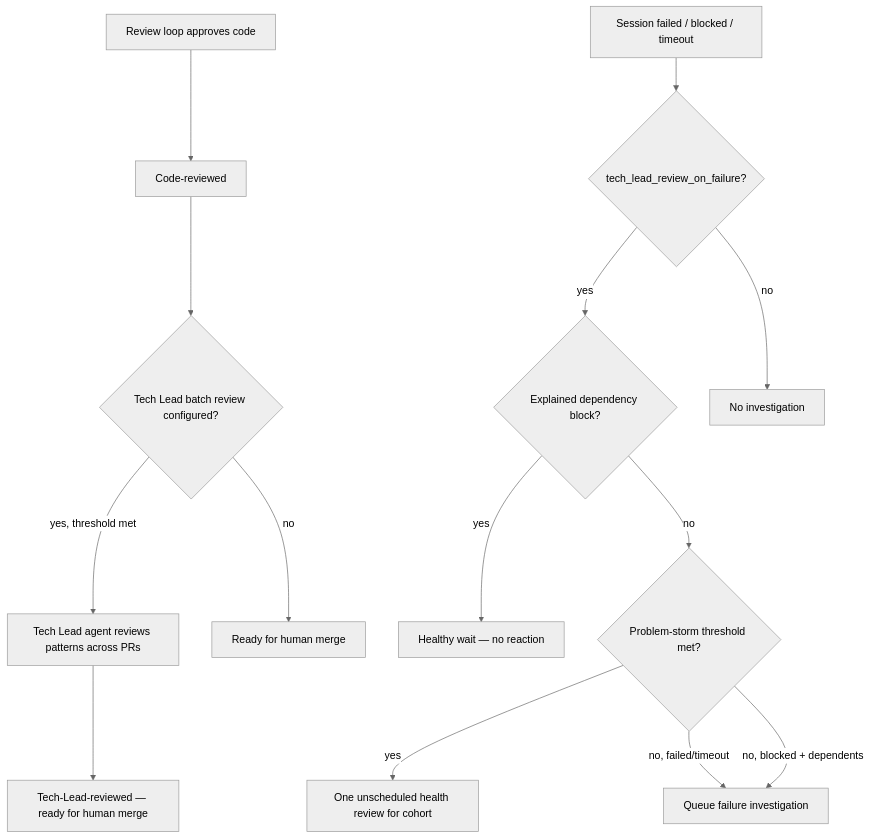
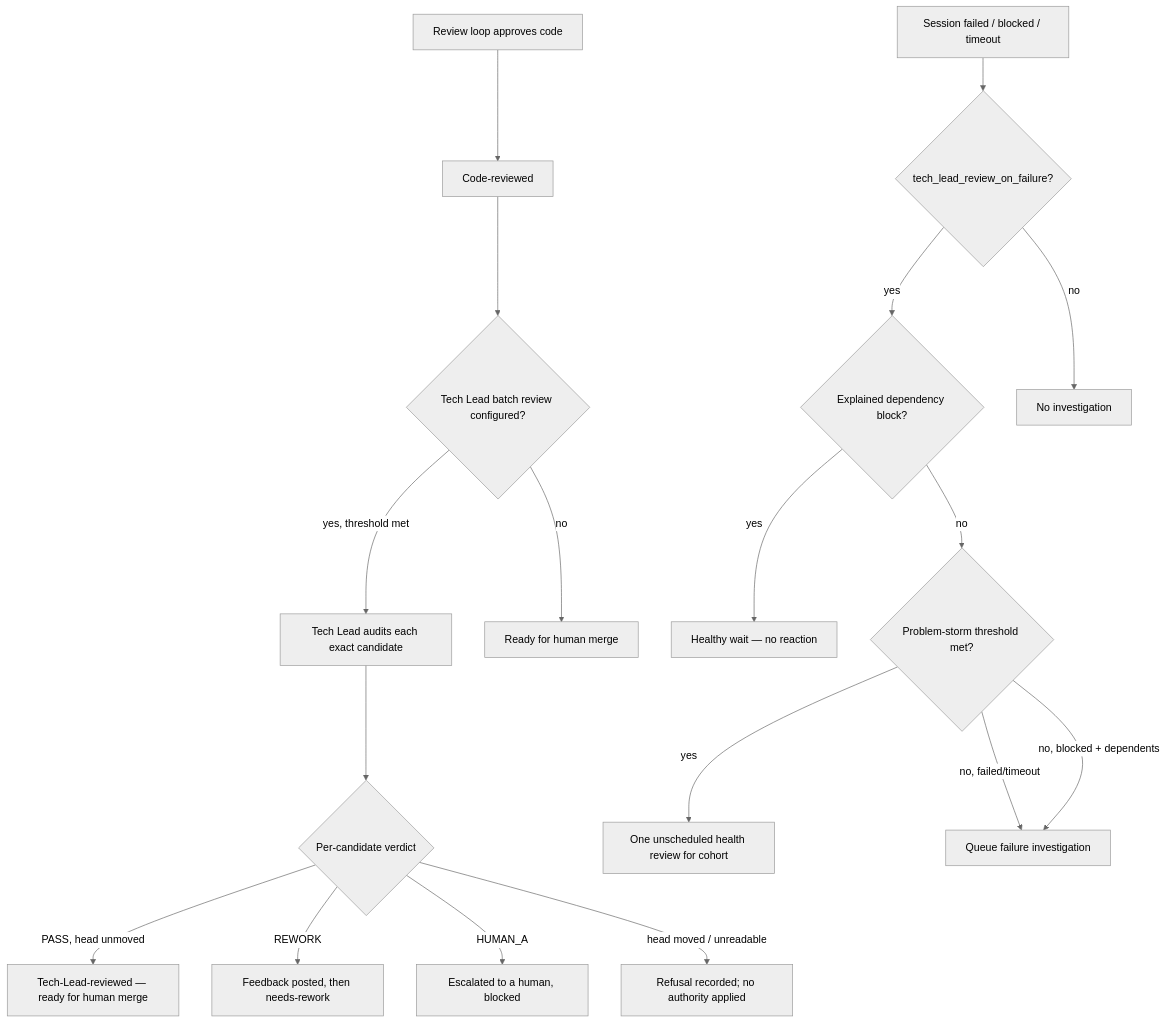
The fourth of 5 diagrams in docs/development/REVIEW_WORKFLOW.md (astro3141/issue-orchestrator), drawn with Mermaid (neutral theme) before and after one commit. The commit also changed other lines of this file and 48 other files, not shown here.

````diff
--- a/docs/development/REVIEW_WORKFLOW.md
+++ b/docs/development/REVIEW_WORKFLOW.md
@@ -425,17 +447,21 @@
 ```mermaid
 flowchart TD
   LOOP["Review loop approves code"] --> CR["Code-reviewed"]
   CR --> TECH_LEAD{"Tech Lead batch review configured?"}
-  TECH_LEAD -->|yes, threshold met| TR["Tech Lead agent reviews patterns across PRs"]
-  TR --> DONE["Tech-Lead-reviewed — ready for human merge"]
+  TECH_LEAD -->|yes, threshold met| TR["Tech Lead audits each exact candidate"]
+  TR --> PASS{"Per-candidate verdict"}
+  PASS -->|PASS, head unmoved| DONE["Tech-Lead-reviewed — ready for human merge"]
+  PASS -->|REWORK| NR["Feedback posted, then needs-rework"]
+  PASS -->|HUMAN_A| BNH["Escalated to a human, blocked"]
+  PASS -->|head moved / unreadable| REFUSED["Refusal recorded; no authority applied"]
   TECH_LEAD -->|no| DONE2["Ready for human merge"]
 
   FAIL["Session failed / blocked / timeout"] --> TFAIL{"tech_lead_review_on_failure?"}
   TFAIL -->|yes| CLASSIFY{"Explained dependency block?"}
   CLASSIFY -->|yes| WAIT["Healthy wait — no reaction"]
   CLASSIFY -->|no| STORM{"Problem-storm threshold met?"}
   STORM -->|yes| HEALTH["One unscheduled health review for cohort"]
   STORM -->|no, failed/timeout| INVEST["Queue failure investigation"]
   STORM -->|no, blocked + dependents| INVEST
   TFAIL -->|no| SKIP["No investigation"]
 ```
````
